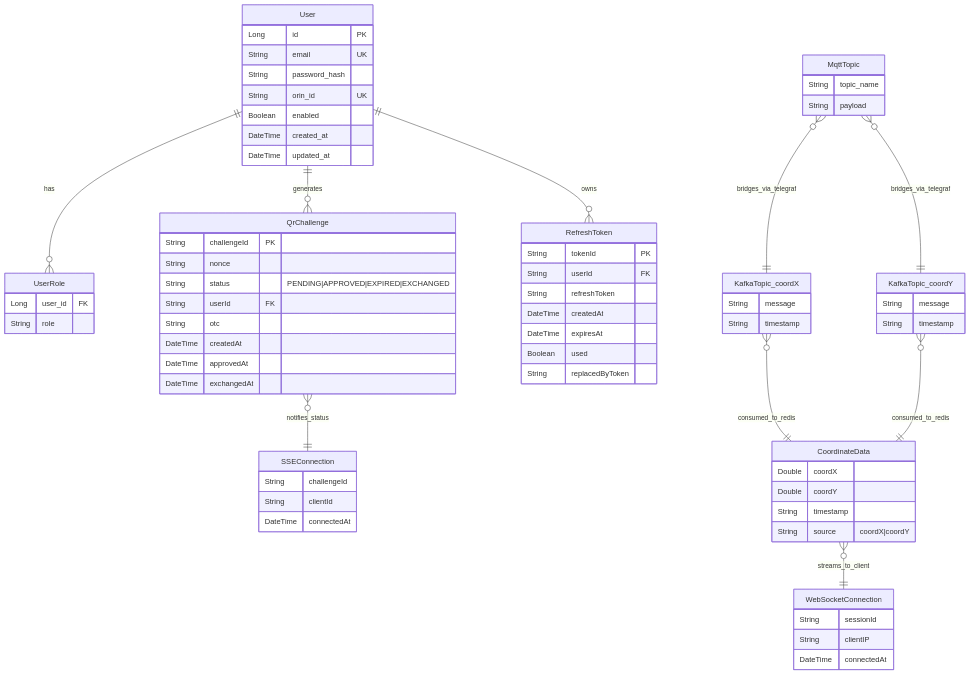
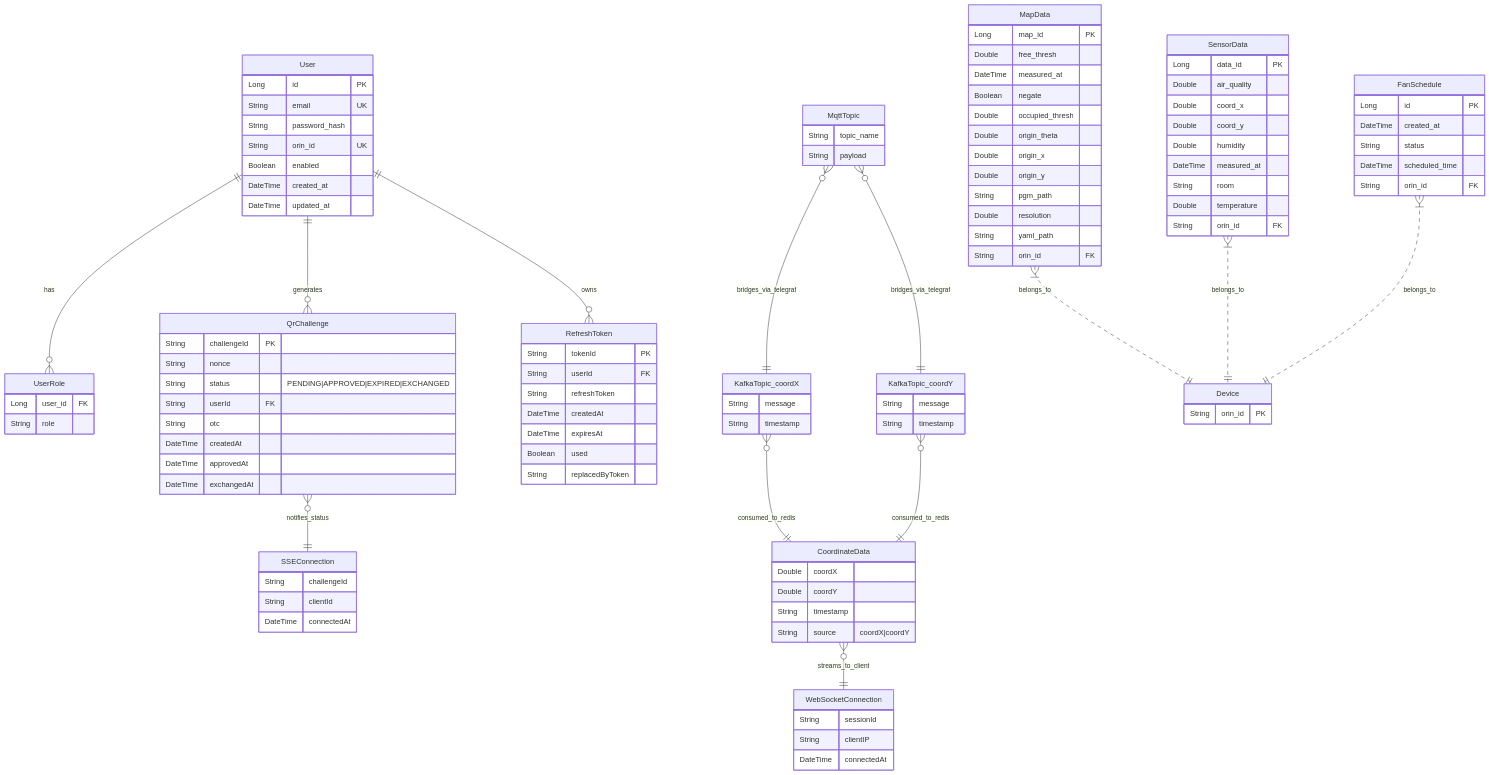
One commit to minjcho/mqttServer changed the diagram in ERD.md. Above: the diagram before and after it, drawn with Mermaid. The commit also changed other lines of this file and 4 other files, not shown here.

````diff
--- a/ERD.md
+++ b/ERD.md
@@ -112,4 +119,49 @@
         String clientId
         DateTime connectedAt
     }
+
+    %% IoT Device & Sensor Entities (PostgreSQL)
+    Device {
+        String orin_id PK
+    }
+
+    MapData {
+        Long map_id PK
+        Double free_thresh
+        DateTime measured_at
+        Boolean negate
+        Double occupied_thresh
+        Double origin_theta
+        Double origin_x
+        Double origin_y
+        String pgm_path
+        Double resolution
+        String yaml_path
+        String orin_id FK
+    }
+
+    SensorData {
+        Long data_id PK
+        Double air_quality
+        Double coord_x
+        Double coord_y
+        Double humidity
+        DateTime measured_at
+        String room
+        Double temperature
+        String orin_id FK
+    }
+
+    FanSchedule {
+        Long id PK
+        DateTime created_at
+        String status
+        DateTime scheduled_time
+        String orin_id FK
+    }
+
+    %% Relationships to Device
+    MapData }|..|| Device : belongs_to
+    SensorData }|..|| Device : belongs_to
+    FanSchedule }|..|| Device : belongs_to
 ```
````
